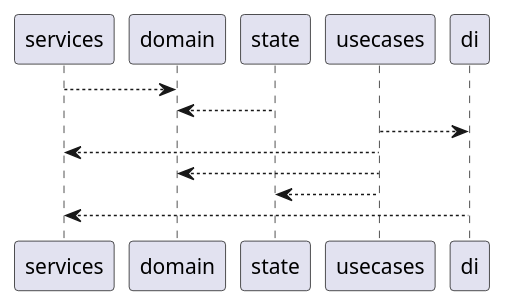
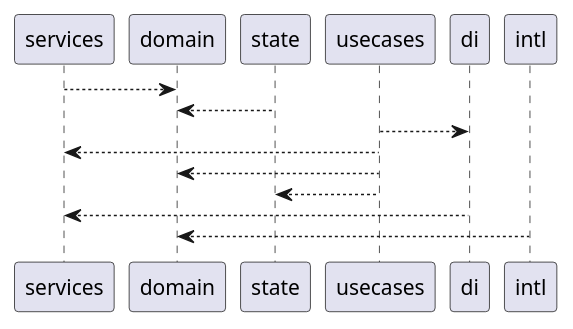
The diagram in src/app/[locale]/(detail)/architecture.puml (JesusGonzalezA/mobile-store), drawn with PlantUML before and after one commit. The commit also changed 17 other files, not shown here.

```diff
--- a/src/app/[locale]/(detail)/architecture.puml
+++ b/src/app/[locale]/(detail)/architecture.puml
@@ -1,12 +1,14 @@
 @startuml
     services --> domain
 
     state --> domain
 
     usecases --> di
     usecases --> services
     usecases --> domain
     usecases --> state
 
     di --> services
+    
+    intl --> domain
 @enduml
```
